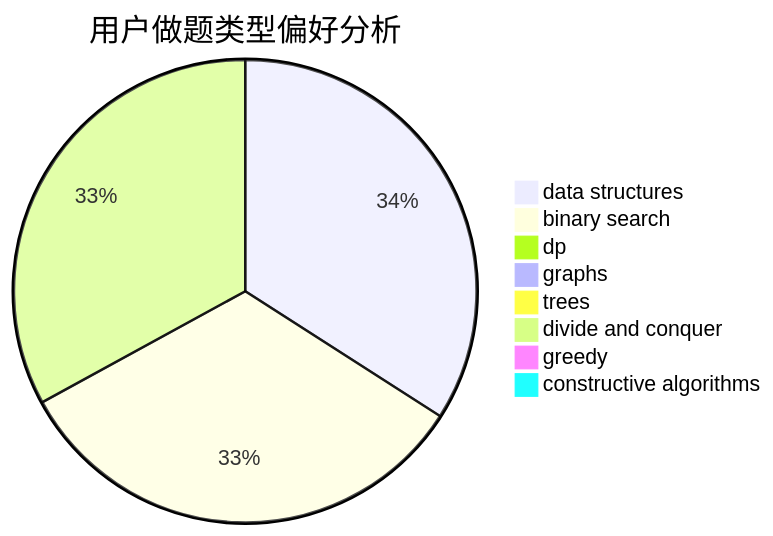
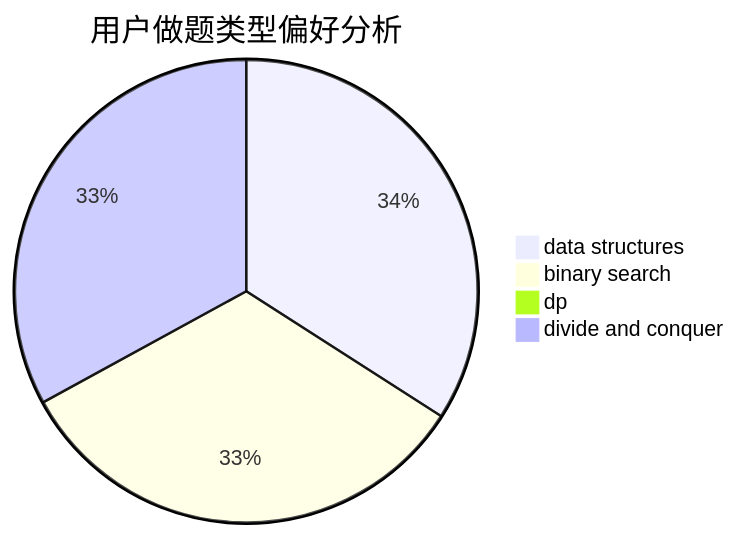
One commit to sherpahu/cfrs.github.io changed the second of 3 diagrams in docs/user/u1069.md. Above: the diagram before and after it, drawn with Mermaid. The commit also changed other lines of this file and 2770 other files, not shown here.

````diff
--- a/docs/user/u1069.md
+++ b/docs/user/u1069.md
@@ -18,11 +15,7 @@
 ```mermaid
 pie title 用户做题类型偏好分析
     "data structures" :  92
     "binary search" :  89
     "dp" :  1
-    "graphs" :  0
-    "trees" :  0
     "divide and conquer" :  89
-    "greedy" :  0
-    "constructive algorithms" :  0
 ```
````
